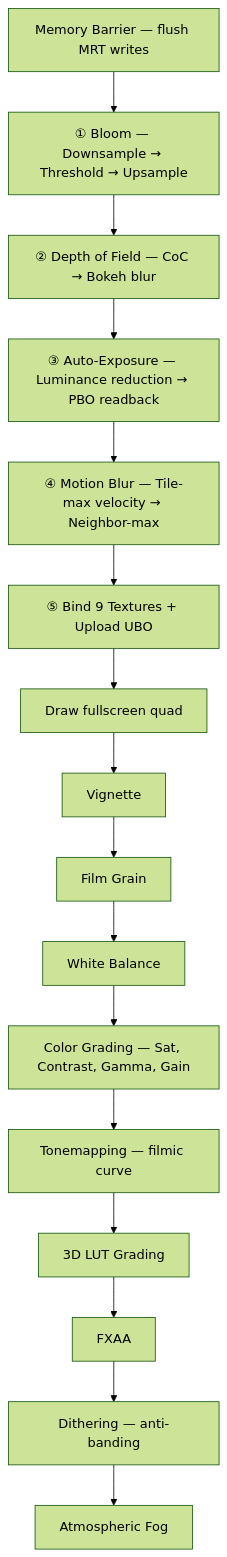
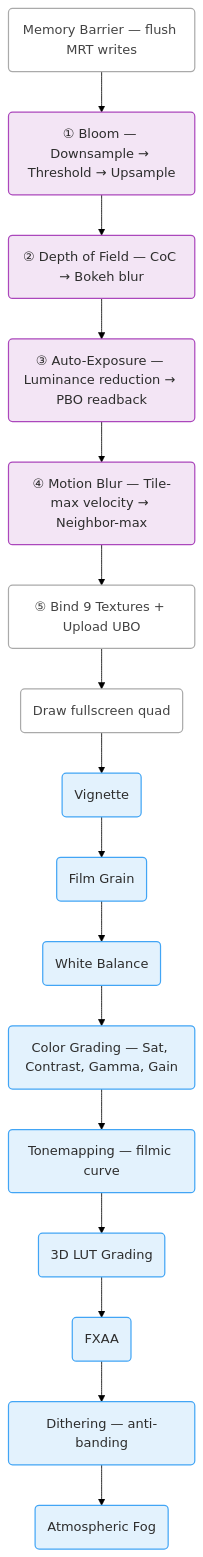
Diagram 16 of 17 in content/suckless-ogl-anatomie-frame-en.md (yoyonel/blog_source), drawn with Mermaid (forest theme) before and after one commit. The commit also changed other lines of this file and 4 other files, not shown here.

First line of the commit message:
refactor(mermaid): hand-drawn style + forced light mode for all browsers

```diff
--- a/content/suckless-ogl-anatomie-frame-en.md
+++ b/content/suckless-ogl-anatomie-frame-en.md
@@ -802,19 +886,28 @@
 <pre class="mermaid">
 graph TD
-    A["Memory Barrier — flush MRT writes"]
-    A --> B["① Bloom — Downsample → Threshold → Upsample"]
-    B --> C["② Depth of Field — CoC → Bokeh blur"]
-    C --> D["③ Auto-Exposure — Luminance reduction → PBO readback"]
-    D --> E["④ Motion Blur — Tile-max velocity → Neighbor-max"]
-    E --> F["⑤ Bind 9 Textures + Upload UBO"]
-    F --> H["Draw fullscreen quad"]
-    H --> J["Vignette"]
-    J --> K["Film Grain"]
-    K --> L["White Balance"]
-    L --> M["Color Grading — Sat, Contrast, Gamma, Gain"]
-    M --> N["Tonemapping — filmic curve"]
-    N --> O["3D LUT Grading"]
-    O --> P["FXAA"]
-    P --> Q["Dithering — anti-banding"]
-    Q --> R["Atmospheric Fog"]
+    A("Memory Barrier — flush MRT writes")
+    A --> B("① Bloom — Downsample → Threshold → Upsample")
+    B --> C("② Depth of Field — CoC → Bokeh blur")
+    C --> D("③ Auto-Exposure — Luminance reduction → PBO readback")
+    D --> E("④ Motion Blur — Tile-max velocity → Neighbor-max")
+    E --> F("⑤ Bind 9 Textures + Upload UBO")
+    F --> H("Draw fullscreen quad")
+    H --> J("Vignette")
+    J --> K("Film Grain")
+    K --> L("White Balance")
+    L --> M("Color Grading — Sat, Contrast, Gamma, Gain")
+    M --> N("Tonemapping — filmic curve")
+    N --> O("3D LUT Grading")
+    O --> P("FXAA")
+    P --> Q("Dithering — anti-banding")
+    Q --> R("Atmospheric Fog")
+
+    classDef keyFunc fill:#fff59d,stroke:#f9a825,stroke-width:2px,color:#2d2d2d
+    classDef compute fill:#f3e5f5,stroke:#ab47bc,stroke-width:1.5px,color:#2d2d2d
+    classDef shader fill:#e3f2fd,stroke:#42a5f5,stroke-width:1.5px,color:#2d2d2d
+    classDef subsystem fill:#ffffff,stroke:#aaaaaa,stroke-width:1.5px,color:#444444
+
+    class A,F,H subsystem
+    class B,C,D,E compute
+    class J,K,L,M,N,O,P,Q,R shader
 </pre>
```
